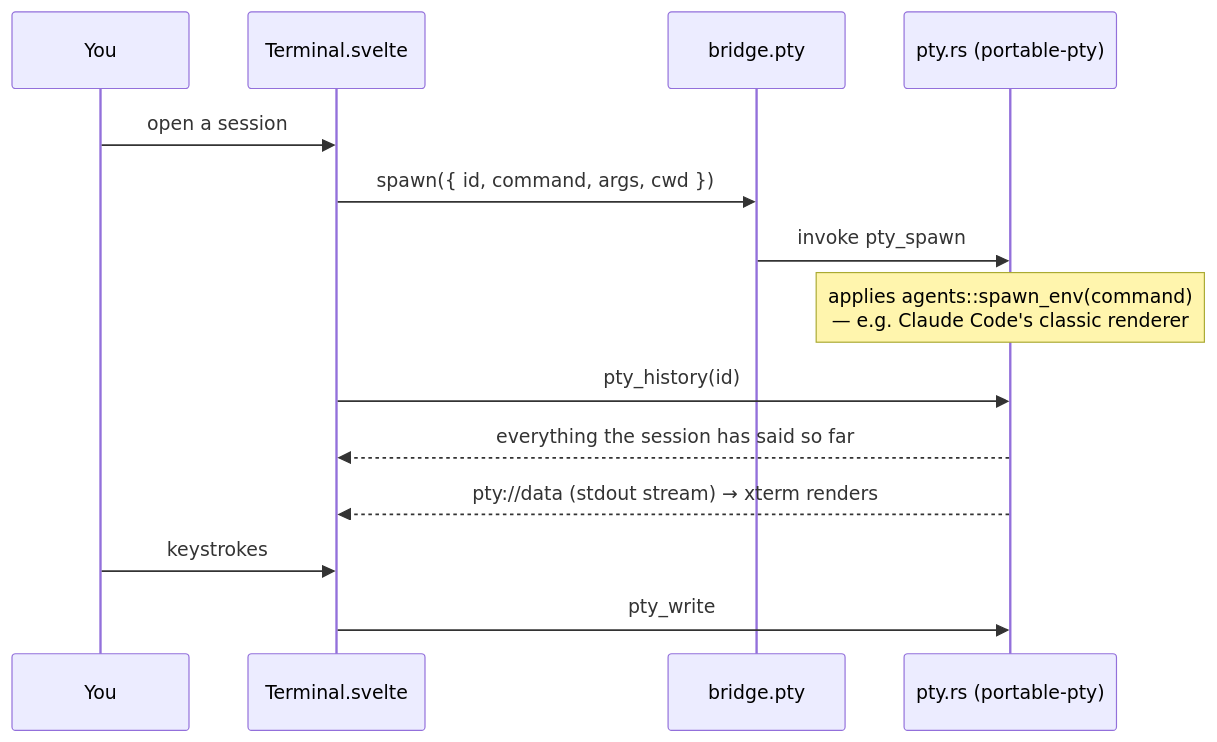
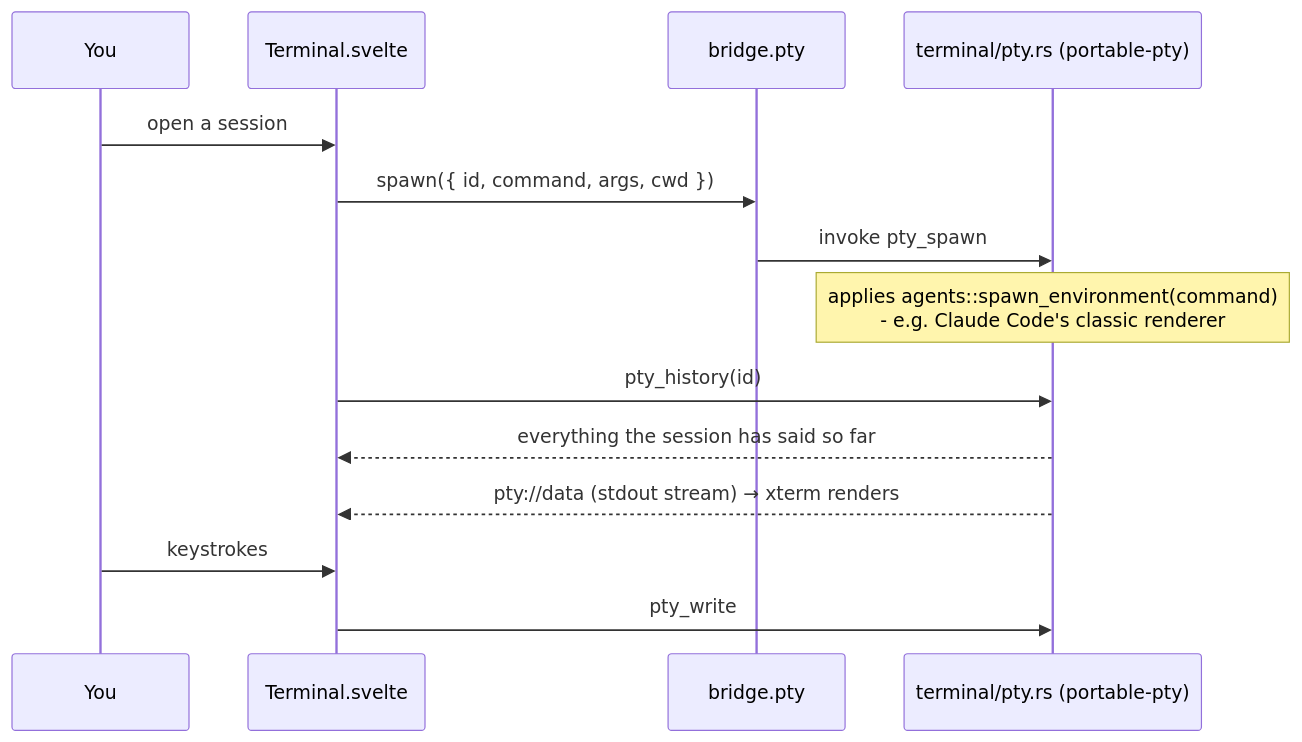
Before and after one commit to avi12/pade: the fourth of 8 diagrams in ARCHITECTURE.md, drawn with Mermaid. The commit also changed other lines of this file, not shown here.

First line of the commit message:
docs(architecture): map the Rust core by its new module folders

````diff
--- a/ARCHITECTURE.md
+++ b/ARCHITECTURE.md
@@ -140,16 +140,16 @@
 ```mermaid
 sequenceDiagram
   participant You
   participant T as Terminal.svelte
   participant B as bridge.pty
-  participant R as pty.rs (portable-pty)
+  participant R as terminal/pty.rs (portable-pty)
   You->>T: open a session
   T->>B: spawn({ id, command, args, cwd })
   B->>R: invoke pty_spawn
-  Note over R: applies agents::spawn_env(command)<br/>— e.g. Claude Code's classic renderer
+  Note over R: applies agents::spawn_environment(command)<br/>- e.g. Claude Code's classic renderer
   T->>R: pty_history(id)
   R-->>T: everything the session has said so far
   R-->>T: pty://data (stdout stream) → xterm renders
   You->>T: keystrokes
   T->>R: pty_write
 ```
````
